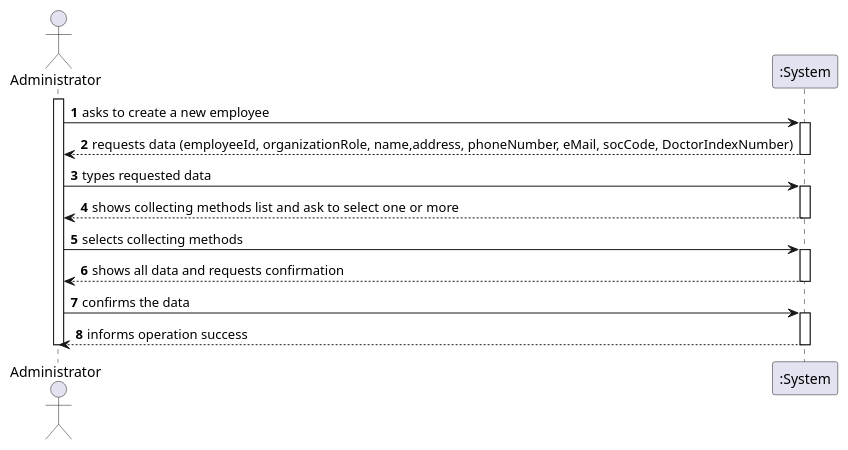
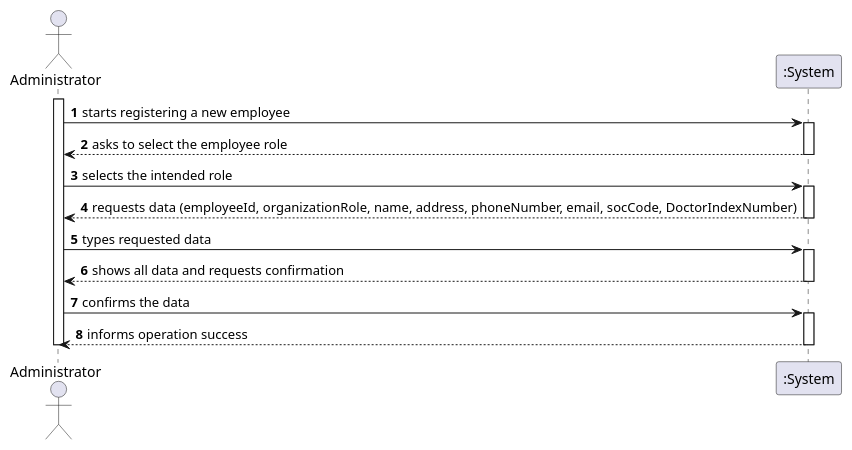
Before and after one commit to ana-albergaria/LAPR2-ISEP: the diagram in docs/SprintB/US_7/US7_SSD.puml, drawn with PlantUML. The commit also changed 3 other files, not shown here.

```diff
--- a/docs/SprintB/US_7/US7_SSD.puml
+++ b/docs/SprintB/US_7/US7_SSD.puml
@@ -1,28 +1,29 @@
 @startuml
 autonumber
 actor Administrator as A
 
 activate A
-A -> ":System" : asks to create a new employee
+A -> ":System" : starts registering a new employee
 activate ":System"
-":System" --> A : requests data (employeeId, organizationRole, name,address, phoneNumber, eMail, socCode, DoctorIndexNumber)
+":System" --> A : asks to select the employee role
+deactivate ":System"
+
+A -> ":System" : selects the intended role
+activate ":System"
+
+":System" --> A : requests data (employeeId, organizationRole, name, address, phoneNumber, email, socCode, DoctorIndexNumber)
 deactivate ":System"
 
 A -> ":System" : types requested data
-activate ":System"
-":System" --> A : shows collecting methods list and  ask to select one or more
-deactivate ":System"
-/'down here it still todo: '/
-A -> ":System" : selects collecting methods
 activate ":System"
 ":System" --> A : shows all data and requests confirmation
 deactivate ":System"
 
 A -> ":System" : confirms the data
 activate ":System"
 ":System" --> A : informs operation success
 deactivate ":System"
 
 deactivate A
 
 @enduml
```
